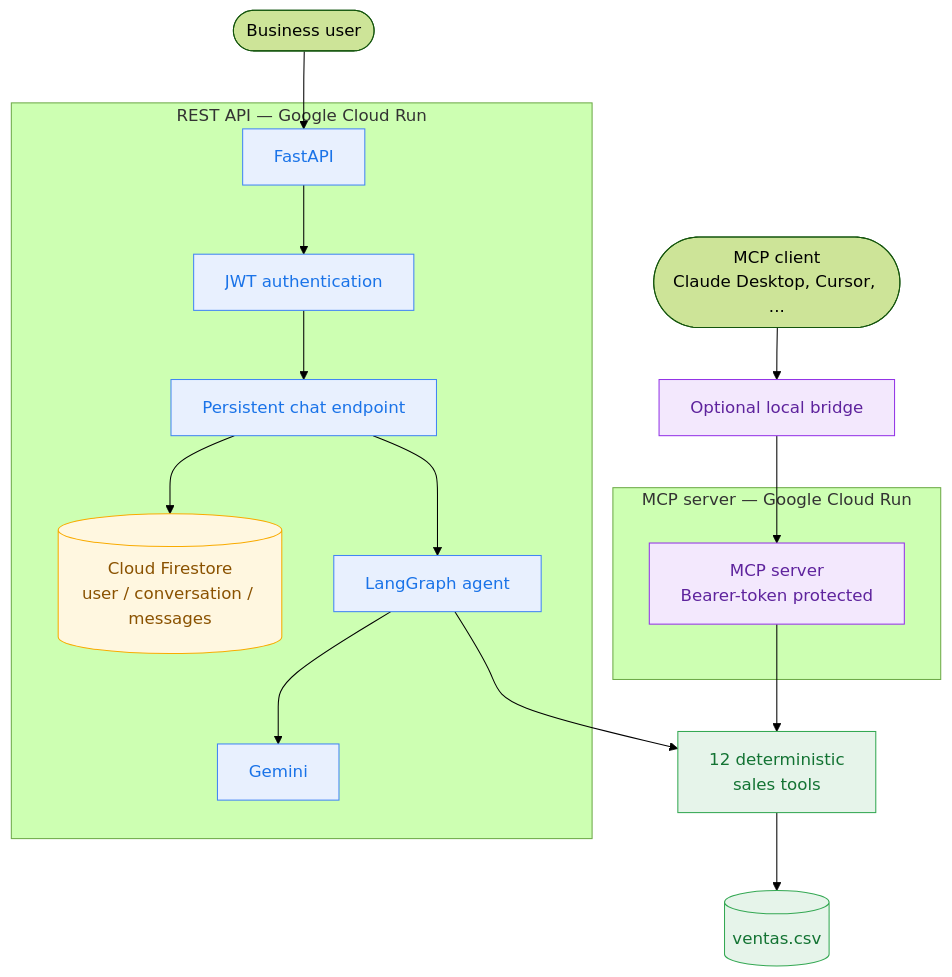
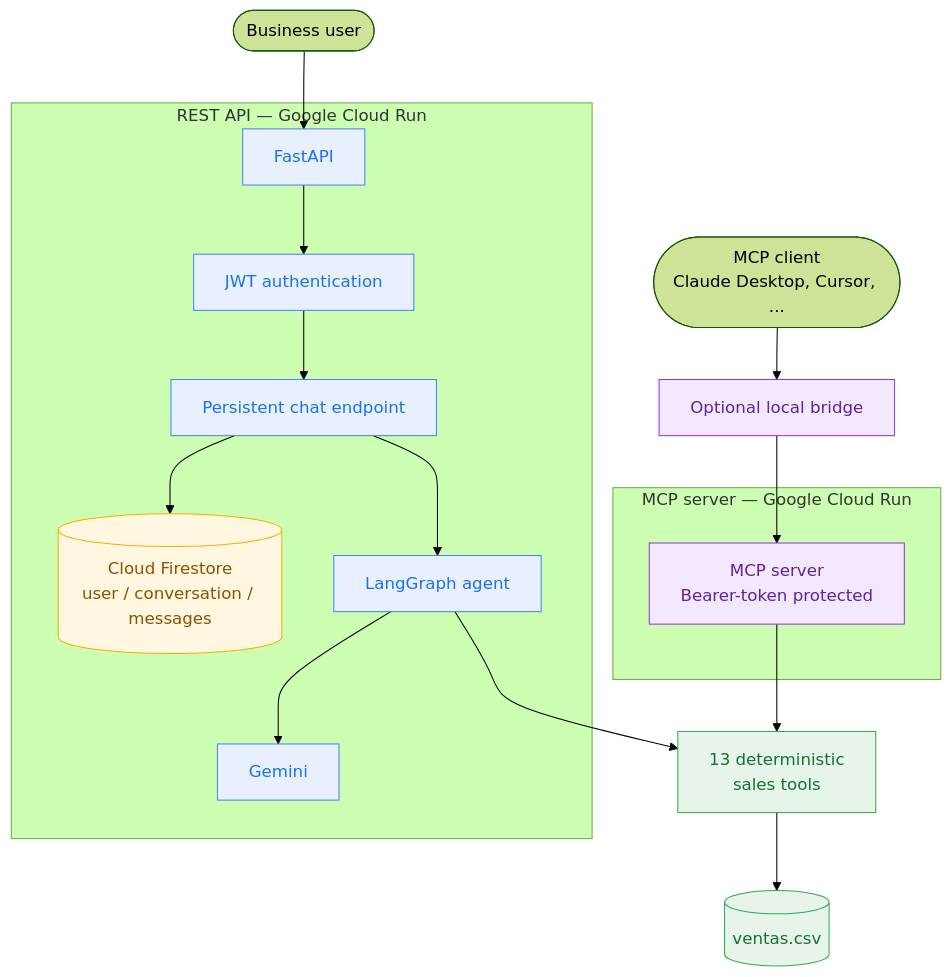
The diagram in README.md (bernytech25/sales-intelligence-agent), drawn with Mermaid (forest theme) before and after one commit. The commit also changed other lines of this file and 5 other files, not shown here.

````diff
--- a/README.md
+++ b/README.md
@@ -22,31 +22,31 @@
 ```mermaid
 flowchart TB
     user([Business user]) --> api
     client([MCP client<br/>Claude Desktop, Cursor, ...]) --> bridge[Optional local bridge]
     bridge --> mcp
 
     subgraph apiPath[REST API — Google Cloud Run]
         api[FastAPI] --> auth[JWT authentication]
         auth --> persistent[Persistent chat endpoint]
         persistent --> memory[(Cloud Firestore<br/>user / conversation / messages)]
         persistent --> agent[LangGraph agent]
         agent --> gemini[Gemini]
     end
 
     subgraph mcpPath[MCP server — Google Cloud Run]
         mcp[MCP server<br/>Bearer-token protected]
     end
 
-    agent --> tools[12 deterministic<br/>sales tools]
+    agent --> tools[13 deterministic<br/>sales tools]
     mcp --> tools
     tools --> data[(ventas.csv)]
 
     classDef api fill:#E8F0FE,stroke:#4285F4,color:#1A73E8;
     classDef state fill:#FFF7E0,stroke:#F9AB00,color:#8A5200;
     classDef mcp fill:#F3E8FD,stroke:#9334E6,color:#5E239D;
     classDef core fill:#E6F4EA,stroke:#34A853,color:#137333;
     class api,auth,persistent,agent,gemini api;
     class memory state;
     class mcp,bridge mcp;
     class tools,data core;
 ```
````
